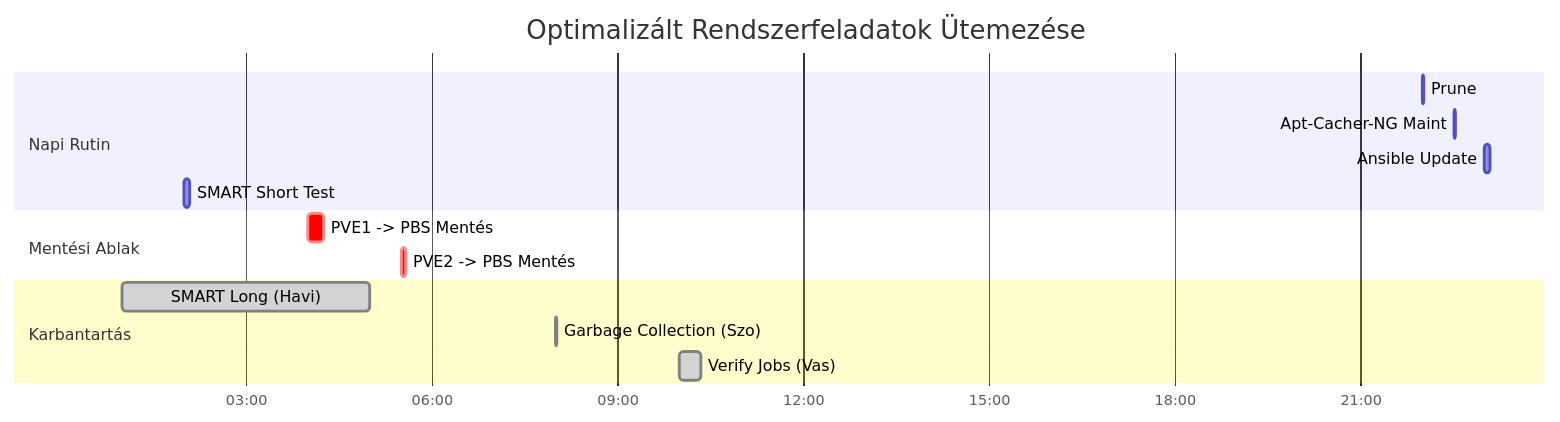
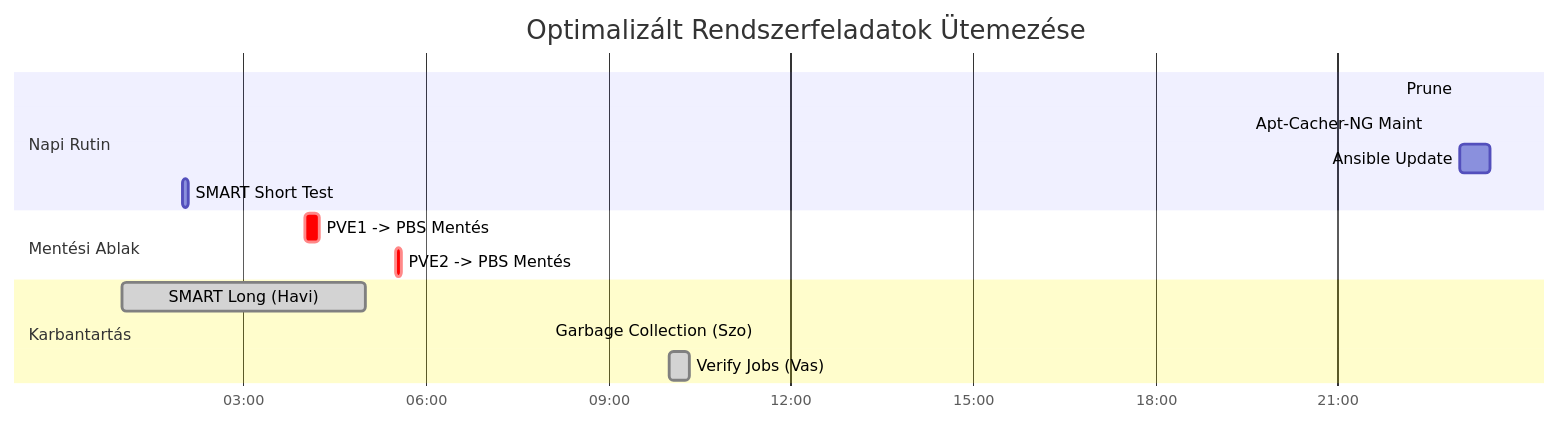
The second of 2 diagrams in 13-Design_Decisions/README_HU.md (torokrolf/homelab), drawn with Mermaid before and after one commit. The commit also changed other lines of this file, not shown here.

````diff
--- a/13-Design_Decisions/README_HU.md
+++ b/13-Design_Decisions/README_HU.md
@@ -139,22 +139,22 @@
 ```mermaid
 gantt
     title Optimalizált Rendszerfeladatok Ütemezése
     dateFormat  HH:mm
     axisFormat  %H:%M
     todayMarker off
 
     section Napi Rutin
     Prune                        : 22:00, 1m
     Apt-Cacher-NG Maint          : 22:30, 1m
-    Ansible Update               : 23:00, 5m
+    Ansible Update               : 23:00, 30m
     SMART Short Test             : 02:00, 5m
 
     section Mentési Ablak
     PVE1 -> PBS Mentés           :crit, 04:00, 15m
     PVE2 -> PBS Mentés           :crit, 05:30, 5m
 
     section Karbantartás
     SMART Long (Havi)            :done, 01:00, 4h
     Garbage Collection (Szo)     :done, 08:00, 1m
     Verify Jobs (Vas)            :done, 10:00, 20m
 ```
````
